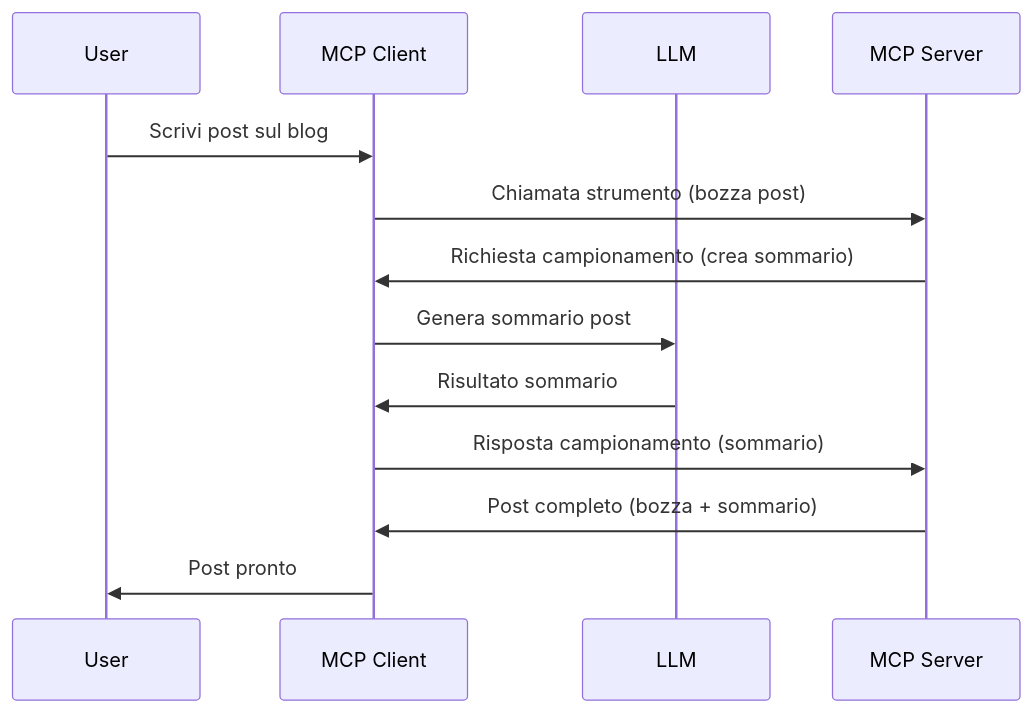
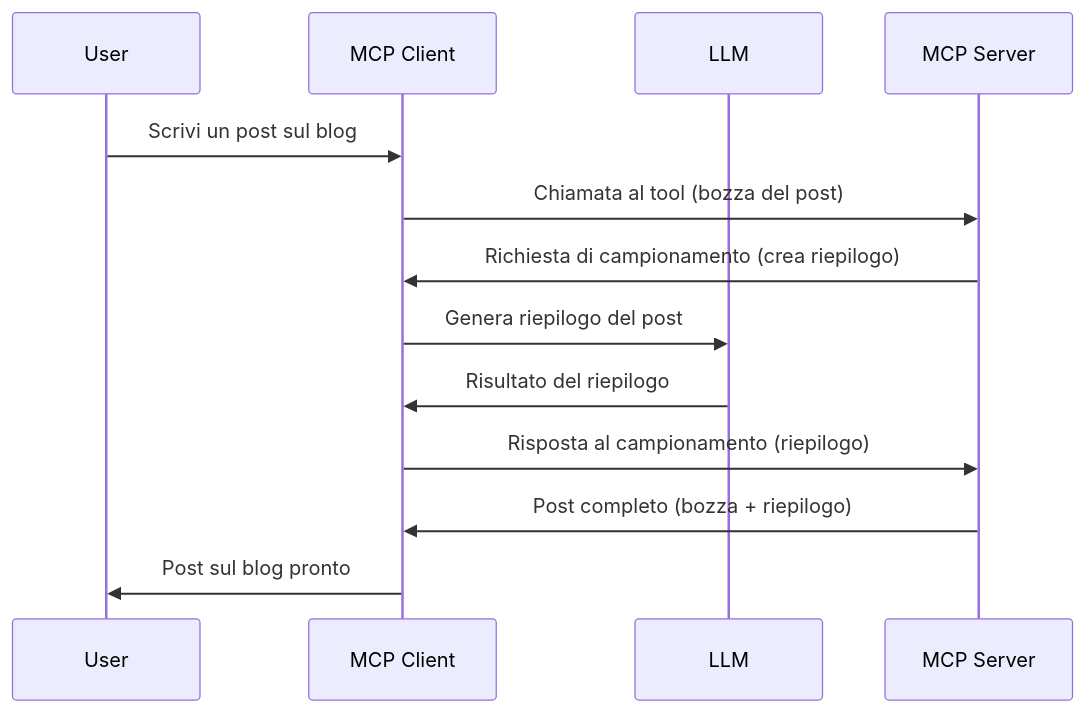
One commit to HIDORAKAI002/ai-workspace-archive changed the diagram in mcp_ecosystem__model_context_protocol/mcp_learning_resources/mcp-for-beginners/translations/it/03-GettingStarted/14-sampling/README.md. Above: the diagram before and after it, drawn with Mermaid. The commit also changed other lines of this file and 1046 other files, not shown here.

````diff
--- a/mcp_ecosystem__model_context_protocol/mcp_learning_resources/mcp-for-beginners/translations/it/03-GettingStarted/14-sampling/README.md
+++ b/mcp_ecosystem__model_context_protocol/mcp_learning_resources/mcp-for-beginners/translations/it/03-GettingStarted/14-sampling/README.md
@@ -23,16 +25,16 @@
 ```mermaid
 sequenceDiagram
     participant User
     participant MCP Client
     participant LLM
     participant MCP Server
 
-    User->>MCP Client: Scrivi post sul blog
-    MCP Client->>MCP Server: Chiamata strumento (bozza post)
-    MCP Server->>MCP Client: Richiesta campionamento (crea sommario)
-    MCP Client->>LLM: Genera sommario post
-    LLM->>MCP Client: Risultato sommario
-    MCP Client->>MCP Server: Risposta campionamento (sommario)
-    MCP Server->>MCP Client: Post completo (bozza + sommario)
-    MCP Client->>User: Post pronto
+    User->>MCP Client: Scrivi un post sul blog
+    MCP Client->>MCP Server: Chiamata al tool (bozza del post)
+    MCP Server->>MCP Client: Richiesta di campionamento (crea riepilogo)
+    MCP Client->>LLM: Genera riepilogo del post
+    LLM->>MCP Client: Risultato del riepilogo
+    MCP Client->>MCP Server: Risposta al campionamento (riepilogo)
+    MCP Server->>MCP Client: Post completo (bozza + riepilogo)
+    MCP Client->>User: Post sul blog pronto
 ```
````
